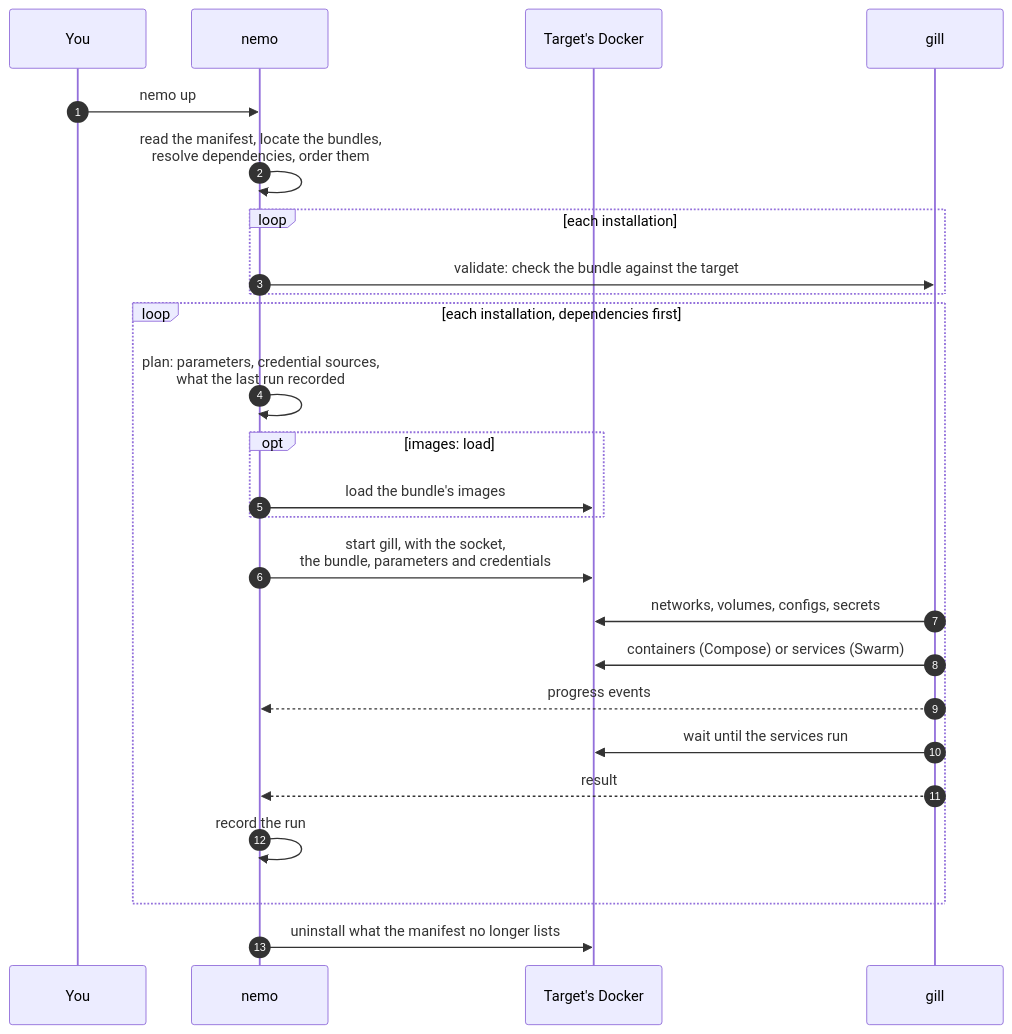
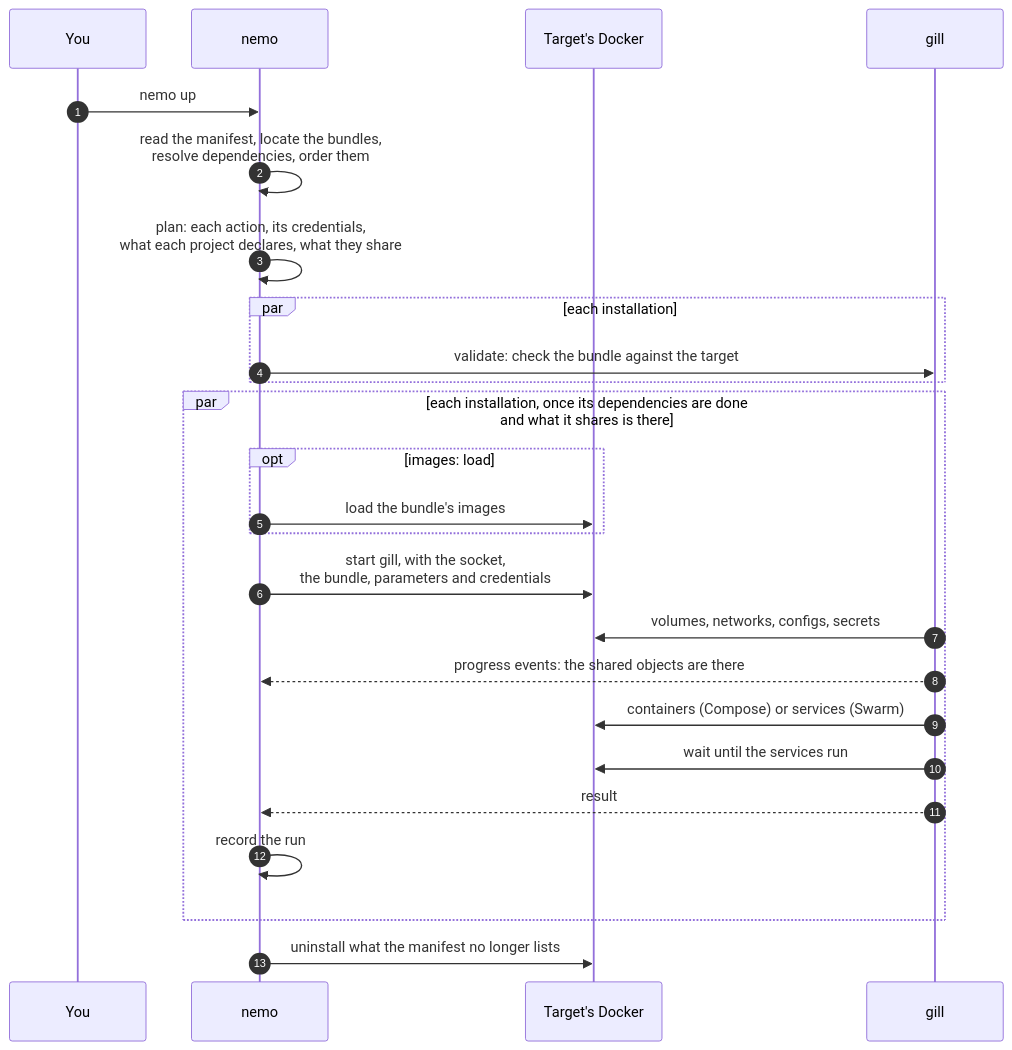
The second of 2 diagrams in docs/how-it-works.md (sntns/nemo), drawn with Mermaid before and after one commit. The commit also changed other lines of this file and 24 other files, not shown here.

````diff
--- a/docs/how-it-works.md
+++ b/docs/how-it-works.md
@@ -28,27 +28,27 @@
 ```mermaid
 sequenceDiagram
     autonumber
     participant You
     participant nemo
     participant Docker as Target's Docker
     participant gill
     You->>nemo: nemo up
     nemo->>nemo: read the manifest, locate the bundles,<br/>resolve dependencies, order them
-    loop each installation
+    nemo->>nemo: plan: each action, its credentials,<br/>what each project declares, what they share
+    par each installation
         nemo->>gill: validate: check the bundle against the target
     end
-    loop each installation, dependencies first
-        nemo->>nemo: plan: parameters, credential sources,<br/>what the last run recorded
+    par each installation, once its dependencies are done<br/>and what it shares is there
         opt images: load
             nemo->>Docker: load the bundle's images
         end
         nemo->>Docker: start gill, with the socket,<br/>the bundle, parameters and credentials
-        gill->>Docker: networks, volumes, configs, secrets
+        gill->>Docker: volumes, networks, configs, secrets
+        gill-->>nemo: progress events: the shared objects are there
         gill->>Docker: containers (Compose) or services (Swarm)
-        gill-->>nemo: progress events
         gill->>Docker: wait until the services run
         gill-->>nemo: result
         nemo->>nemo: record the run
     end
     nemo->>Docker: uninstall what the manifest no longer lists
 ```
````
